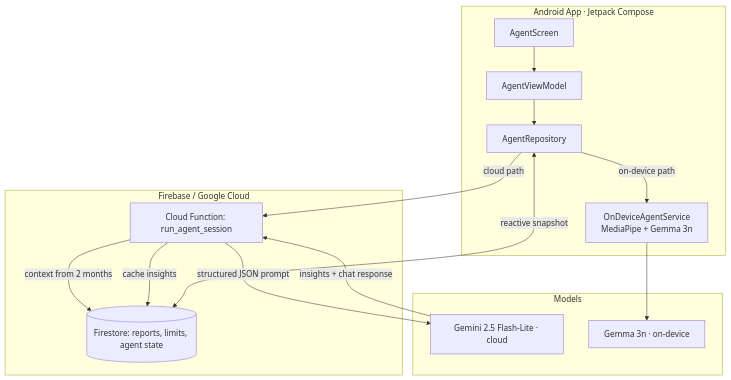
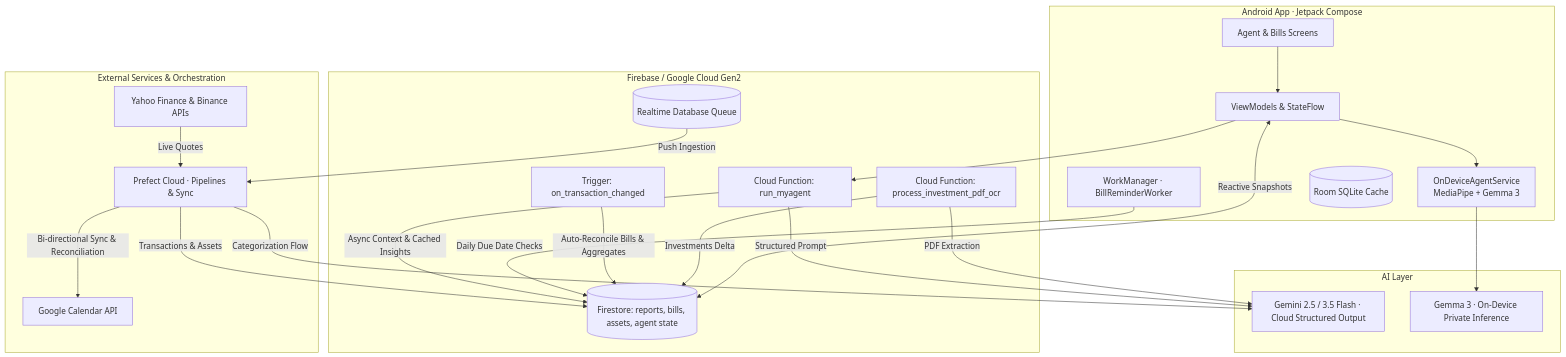
The diagram in README.md (rogerioc/fortuna-ai-case-study), drawn with Mermaid before and after one commit. The commit also changed other lines of this file, not shown here.

Commit message:
docs: update case study architecture with WorkManager, Google Calendar sync, and Pydantic cloud agent

````diff
--- a/README.md
+++ b/README.md
@@ -24,29 +24,46 @@
 ```mermaid
 graph TD
     subgraph Mobile [Android App · Jetpack Compose]
-        UI[AgentScreen]
-        VM[AgentViewModel]
-        REP[AgentRepository]
-        OD[OnDeviceAgentService<br/>MediaPipe + Gemma 3n]
+        UI[Agent & Bills Screens]
+        VM[ViewModels & StateFlow]
+        WM[WorkManager · BillReminderWorker]
+        OD[OnDeviceAgentService<br/>MediaPipe + Gemma 3]
+        ROOM[(Room SQLite Cache)]
     end
 
-    subgraph Cloud [Firebase / Google Cloud]
-        CF[Cloud Function: run_agent_session]
-        FS[(Firestore: reports, limits, agent state)]
+    subgraph Cloud [Firebase / Google Cloud Gen2]
+        CF_AGENT[Cloud Function: run_myagent]
+        CF_RECON[Trigger: on_transaction_changed]
+        CF_OCR[Cloud Function: process_investment_pdf_ocr]
+        FS[(Firestore: reports, bills, assets, agent state)]
+        RTD[(Realtime Database Queue)]
     end
 
-    subgraph LLM [Models]
-        GEMINI[Gemini 2.5 Flash-Lite · cloud]
-        GEMMA[Gemma 3n · on-device]
+    subgraph LLMs [AI Layer]
+        GEMINI[Gemini 2.5 / 3.5 Flash · Cloud Structured Output]
+        GEMMA[Gemma 3 · On-Device Private Inference]
     end
 
-    UI --> VM --> REP
-    REP -->|cloud path| CF
-    REP -->|on-device path| OD
-    OD --> GEMMA
-    CF -->|context from 2 months| FS
-    CF -->|structured JSON prompt| GEMINI
-    GEMINI -->|insights + chat response| CF
-    CF -->|cache insights| FS
-    REP <-->|reactive snapshot| FS
+    subgraph External [External Services & Orchestration]
+        GCAL[Google Calendar API]
+        PREFECT[Prefect Cloud · Pipelines & Sync]
+        MARKET[Yahoo Finance & Binance APIs]
+    end
+
+    UI --> VM
+    VM --> OD --> GEMMA
+    VM --> CF_AGENT -->|Structured Prompt| GEMINI
+    CF_AGENT -->|Async Context & Cached Insights| FS
+    WM -->|Daily Due Date Checks| FS
+
+    RTD -->|Push Ingestion| PREFECT
+    PREFECT -->|Categorization Flow| GEMINI
+    PREFECT -->|Bi-directional Sync & Reconciliation| GCAL
+    PREFECT -->|Transactions & Assets| FS
+    MARKET -->|Live Quotes| PREFECT
+
+    CF_RECON -->|Auto-Reconcile Bills & Aggregates| FS
+    CF_OCR -->|PDF Extraction| GEMINI
+    CF_OCR -->|Investments Delta| FS
+    VM <-->|Reactive Snapshots| FS
 ```
````
